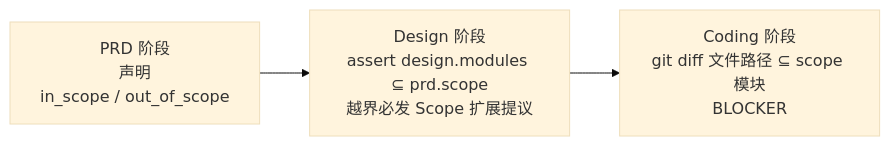
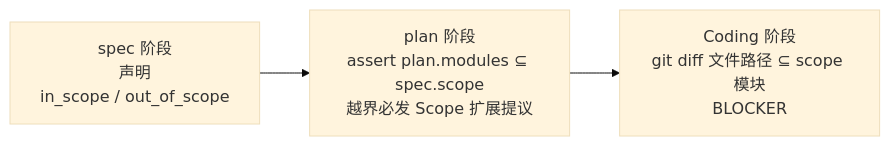
The fourth of 4 diagrams in docs/overview.md (sqsqsq/agent-maison), drawn with Mermaid (base theme) before and after one commit. The commit also changed other lines of this file and 51 other files, not shown here.

First line of the commit message:
docs(framework): spec/plan terminology, MIGRATION, and rename plan

````diff
--- a/docs/overview.md
+++ b/docs/overview.md
@@ -347,6 +347,6 @@
 ```mermaid
 graph LR
-    p["PRD 阶段<br/>声明<br/>in_scope / out_of_scope"] -->
-    d["Design 阶段<br/>assert design.modules ⊆ prd.scope<br/>越界必发 Scope 扩展提议"] -->
+    p["spec 阶段<br/>声明<br/>in_scope / out_of_scope"] -->
+    d["plan 阶段<br/>assert plan.modules ⊆ spec.scope<br/>越界必发 Scope 扩展提议"] -->
     c["Coding 阶段<br/>git diff 文件路径 ⊆ scope 模块<br/>BLOCKER"]
 ```
````
